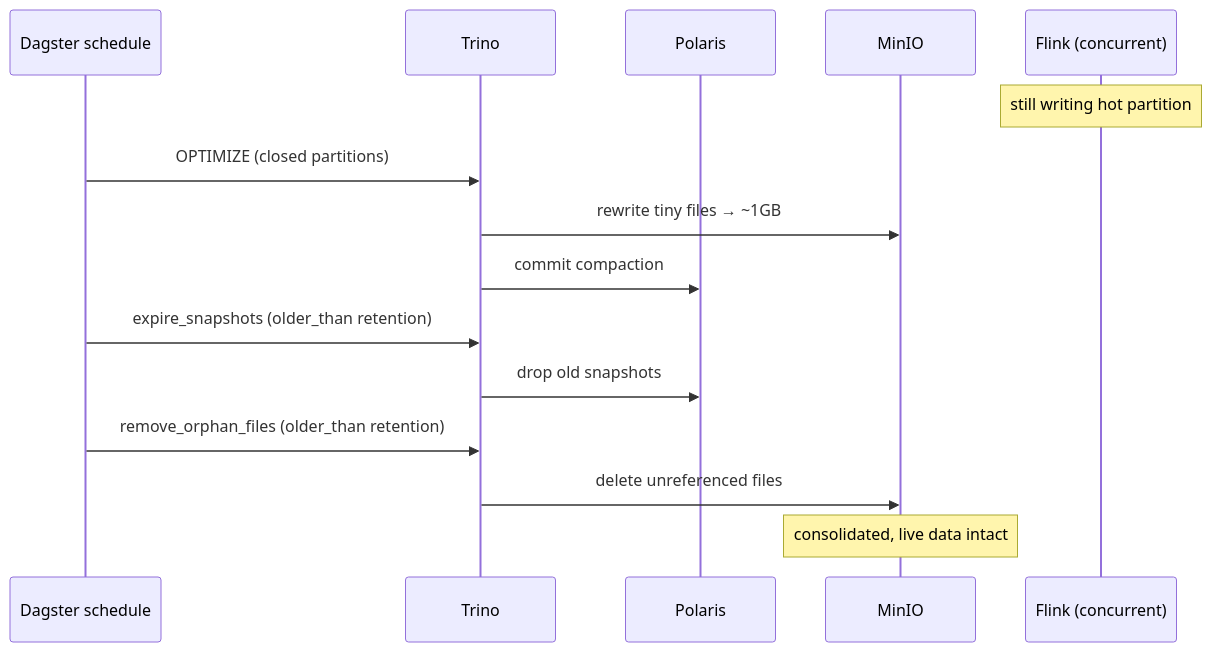
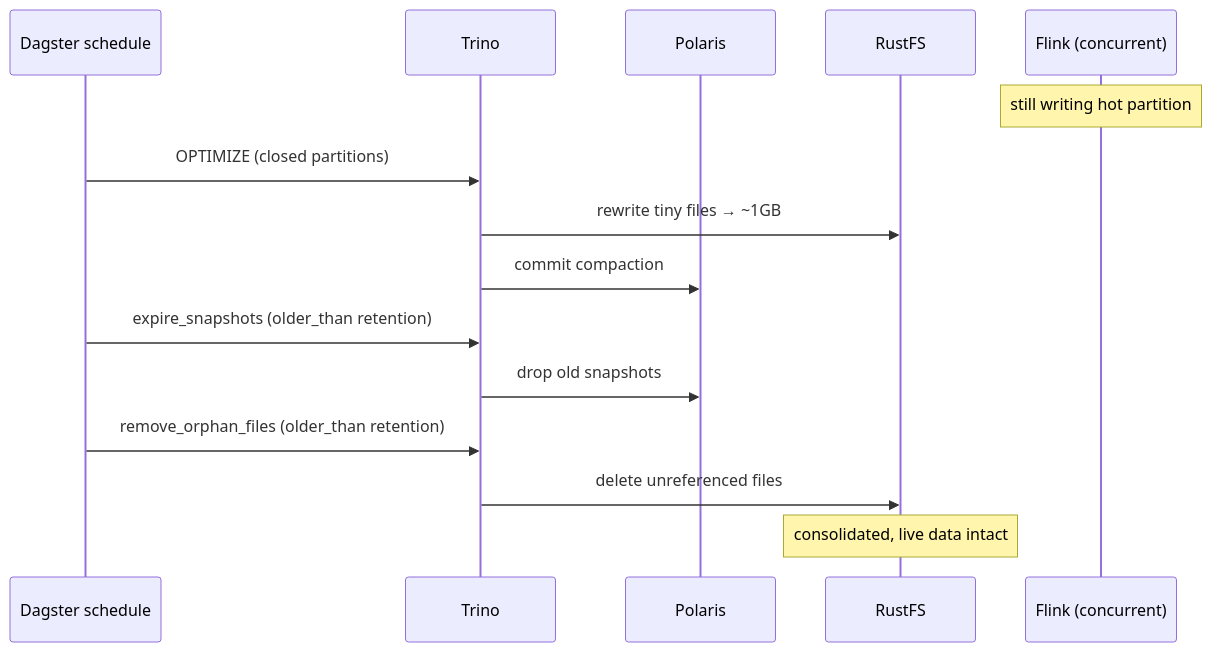
One commit to christiannarbon/open-iceberg-stack changed the fourth of 4 diagrams in docs/tech/lld/07-day-two-operations.md. Above: the diagram before and after it, drawn with Mermaid. The commit also changed other lines of this file, not shown here.

Commit message:
update operational persistence to rustfs

````diff
--- a/docs/tech/lld/07-day-two-operations.md
+++ b/docs/tech/lld/07-day-two-operations.md
@@ -85,17 +85,17 @@
 ```mermaid
 sequenceDiagram
     participant Sch as Dagster schedule
     participant T as Trino
     participant P as Polaris
-    participant M as MinIO
+    participant M as RustFS
     participant F as Flink (concurrent)
     Note over F: still writing hot partition
     Sch->>T: OPTIMIZE (closed partitions)
     T->>M: rewrite tiny files → ~1GB
     T->>P: commit compaction
     Sch->>T: expire_snapshots (older_than retention)
     T->>P: drop old snapshots
     Sch->>T: remove_orphan_files (older_than retention)
     T->>M: delete unreferenced files
     Note over M: consolidated, live data intact
 ```
````
